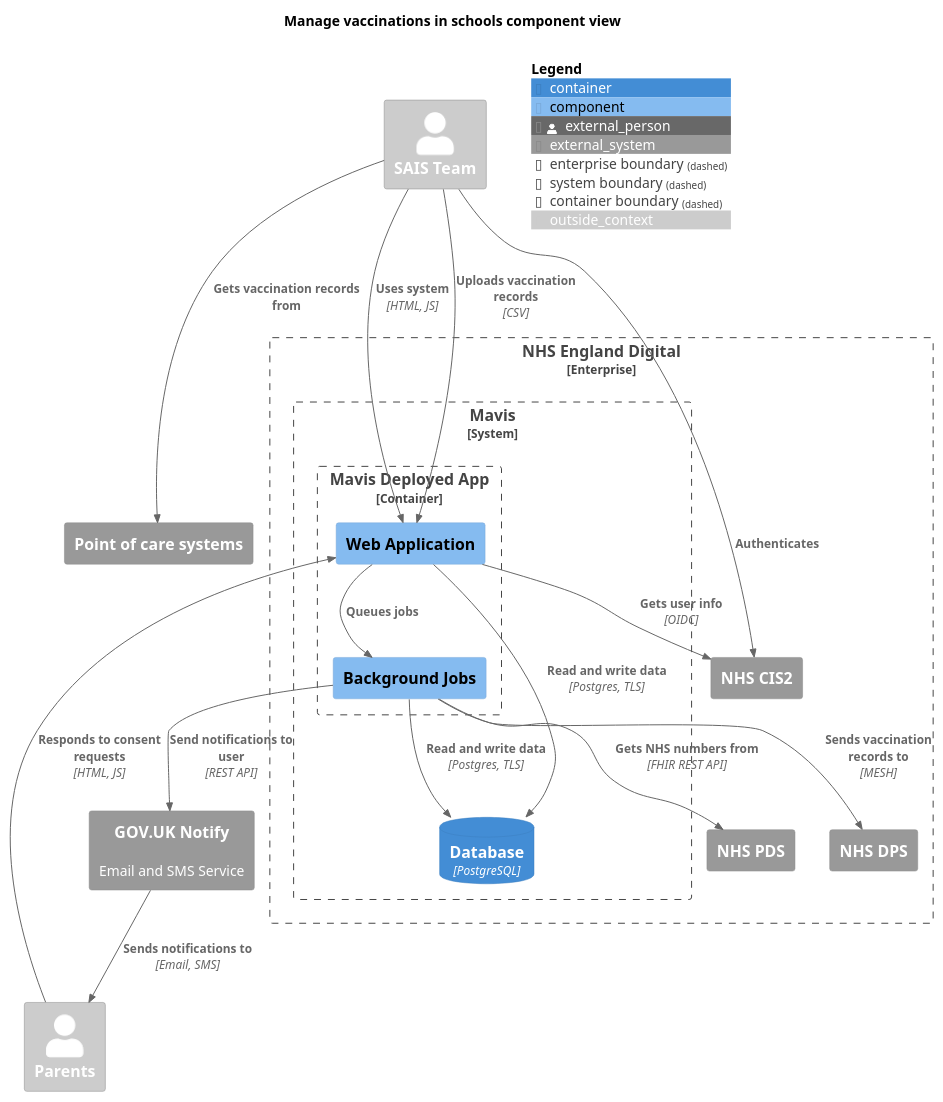
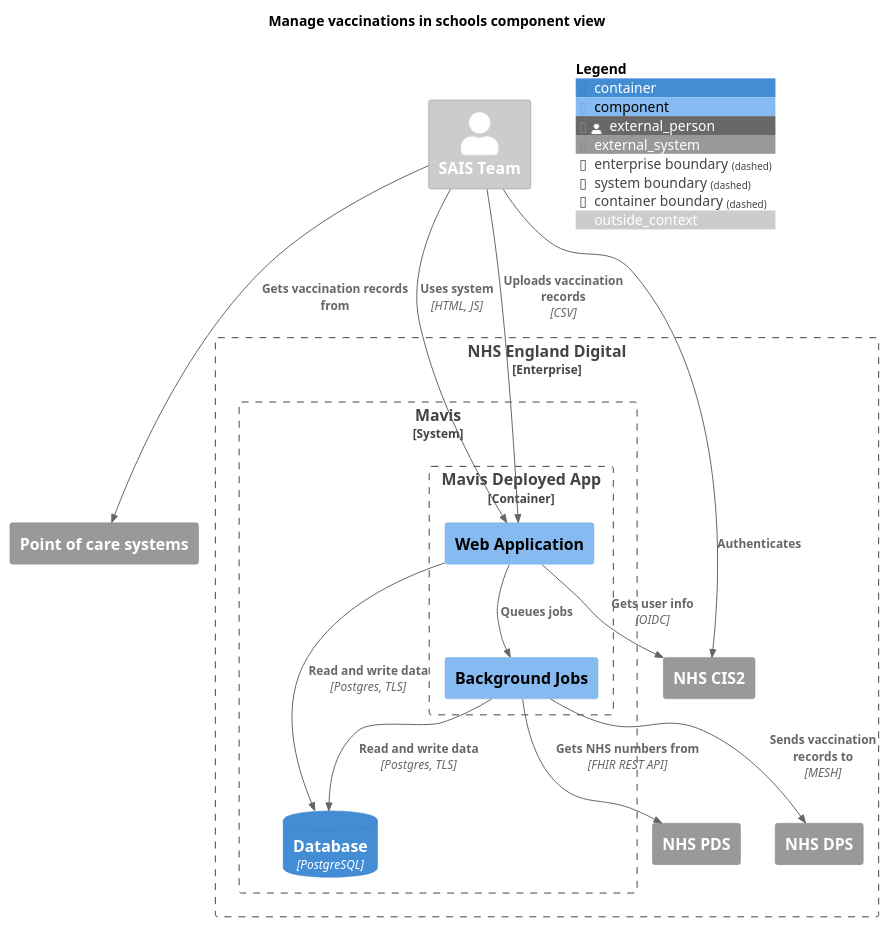
Before and after one commit to nhsuk/manage-vaccinations-in-schools: the diagram in docs/diagrams/component-view.puml, drawn with PlantUML. The commit also changed 2 other files, not shown here.

Commit message:
Update arch diagrams for release 0

```diff
--- a/docs/diagrams/component-view.puml
+++ b/docs/diagrams/component-view.puml
@@ -1,51 +1,45 @@
 @startuml
 
 !include <C4/C4_Component.puml>
 
 LAYOUT_TOP_DOWN()
 
 title "Manage vaccinations in schools component view"
 
 AddElementTag("outside_context", $bgColor="#CCC", $fontColor="#FFF")
 
 Person_Ext(sais, "SAIS Team", $tags="outside_context")
-Person_Ext(parents, "Parents", $tags="outside_context")
 
 System_Ext(poc, "Point of care systems")
 
 Enterprise_Boundary(nhs, "NHS England Digital") {
   System_Boundary(mavis, "Mavis", "") {
     Container_Boundary(mavis_app, "Mavis Deployed App", "Ruby on Rails") {
       Component(webapp, "Web Application")
       Component(bgjobs, "Background Jobs")
     }
     ContainerDb(database, "Database", "PostgreSQL")
   }
 
   System_Ext(cis, "NHS CIS2")
   System_Ext(pds, "NHS PDS")
   System_Ext(dps, "NHS DPS")
 }
-System_Ext(notify, "GOV.UK Notify", "Email and SMS Service")
-
 
 AddRelTag("optional", $textColor="black", $lineColor="black", $lineStyle="dashed")
 
 Rel(sais, cis, "Authenticates")
 Rel(webapp, cis, "Gets user info", "OIDC")
 Rel(sais, webapp, "Uses system", "HTML, JS")
 Rel(sais, poc, "Gets vaccination records from")
 Rel(sais, webapp, "Uploads vaccination records", "CSV")
-Rel(parents, webapp, "Responds to consent requests", "HTML, JS")
 Rel(webapp, database, "Read and write data", "Postgres, TLS")
 Rel(webapp, bgjobs, "Queues jobs")
 Rel(bgjobs, database, "Read and write data", "Postgres, TLS")
-Rel(bgjobs, notify, "Send notifications to user", "REST API")
-Rel(notify, parents, "Sends notifications to", "Email, SMS")
 Rel(bgjobs, pds, "Gets NHS numbers from", "FHIR REST API")
 Rel(bgjobs, dps, "Sends vaccination records to", "MESH")
 
 
 SHOW_FLOATING_LEGEND()
 
 @enduml
```
